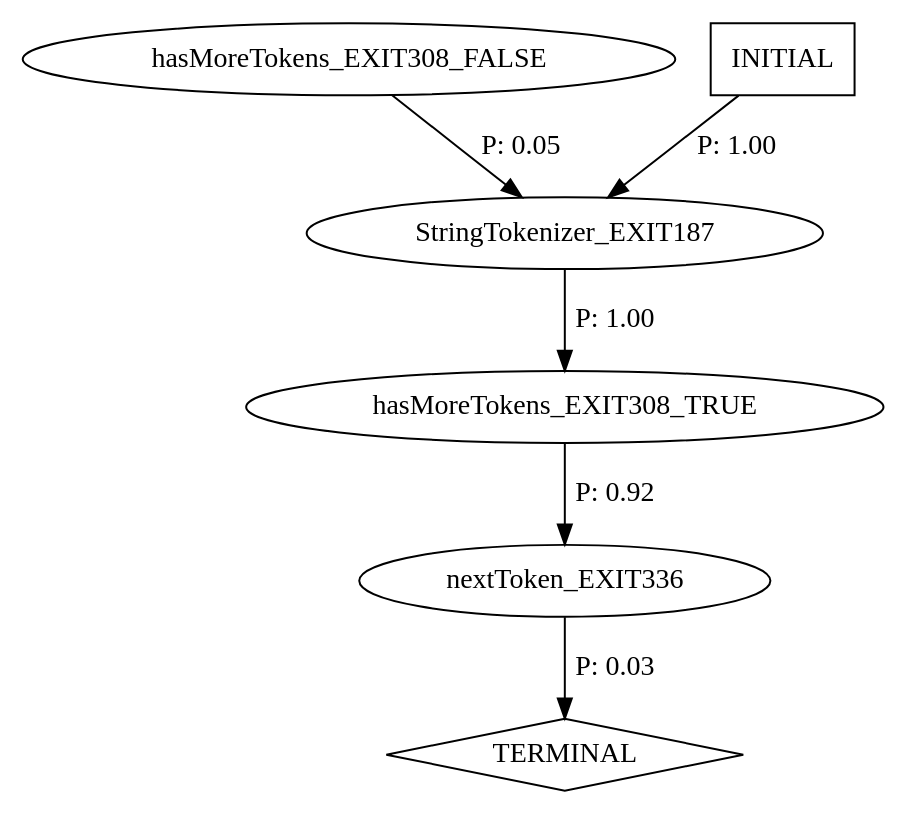
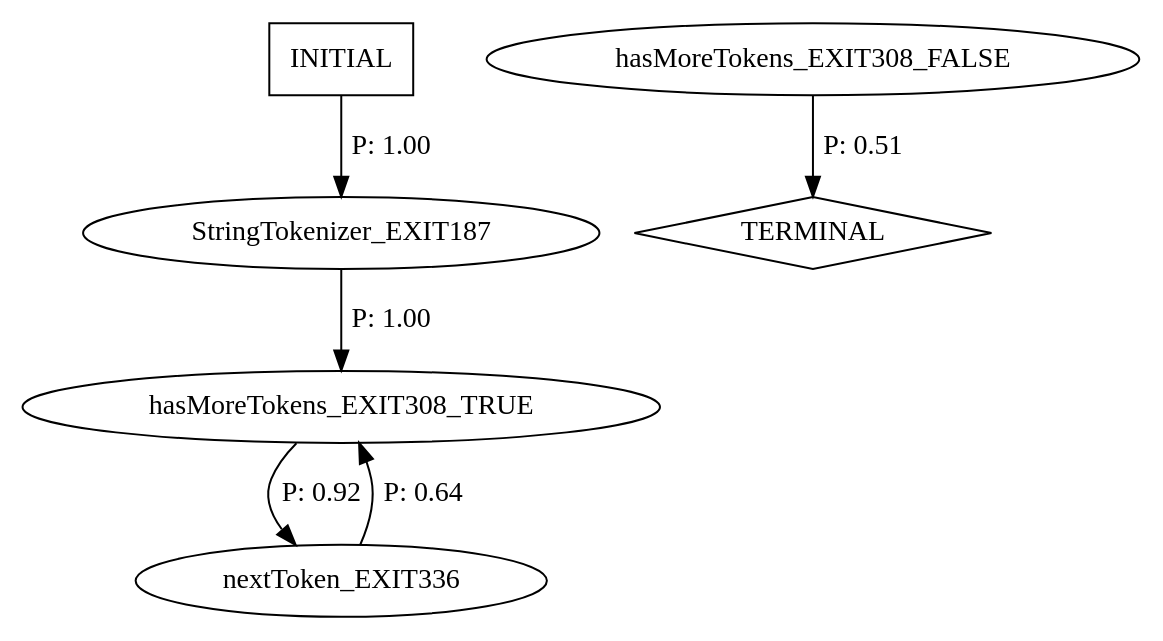
Before and after one commit to annadeng/Universal-Model-Inference: the diagram in bestchai-perfume-frontend-85f927d03b0c/tmp/StringTokenizer-models/intersection.dot, drawn with Graphviz. The commit also changed 4 other files, not shown here.

```diff
--- a/bestchai-perfume-frontend-85f927d03b0c/tmp/StringTokenizer-models/intersection.dot
+++ b/bestchai-perfume-frontend-85f927d03b0c/tmp/StringTokenizer-models/intersection.dot
@@ -1,15 +1,15 @@
 digraph G {
 	0	 [label=StringTokenizer_EXIT187];
 	2	 [label=hasMoreTokens_EXIT308_TRUE];
 	0 -> 2	 [label="P: 1.00"];
 	3	 [label=nextToken_EXIT336];
 	2 -> 3	 [label="P: 0.92"];
 	1	 [label=hasMoreTokens_EXIT308_FALSE];
-	1 -> 0	 [label="P: 0.05"];
 	4	 [label=TERMINAL,
 		shape=diamond];
-	3 -> 4	 [label="P: 0.03"];
+	1 -> 4	 [label="P: 0.51"];
+	3 -> 2	 [label="P: 0.64"];
 	5	 [label=INITIAL,
 		shape=box];
 	5 -> 0	 [label="P: 1.00"];
 }
```
